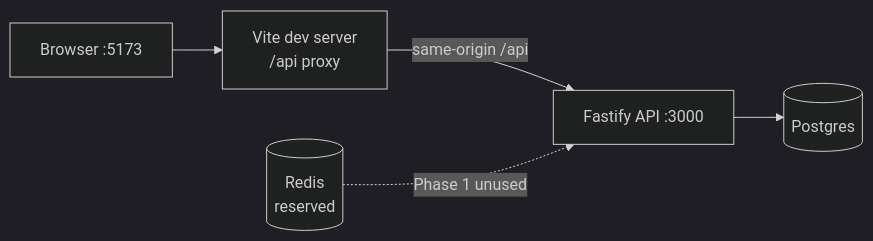
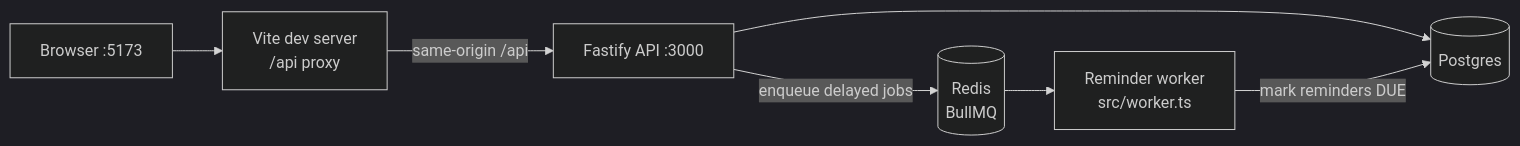
One commit to aniisabihi/NextRole changed the diagram in README.md. Above: the diagram before and after it, drawn with Mermaid (dark theme). The commit also changed other lines of this file and 63 other files, not shown here.

First line of the commit message:
feat: Phase 6 in-app reminders (BullMQ + Soft Chromatic) (#7)

````diff
--- a/README.md
+++ b/README.md
@@ -9,13 +9,16 @@
 ```mermaid
 flowchart LR
   Browser["Browser :5173"]
   Vite["Vite dev server\n/api proxy"]
   API["Fastify API :3000"]
   PG[(Postgres)]
-  Redis[(Redis\nreserved)]
+  Redis[(Redis\nBullMQ)]
+  Worker["Reminder worker\nsrc/worker.ts"]
 
   Browser --> Vite
   Vite -->|"same-origin /api"| API
   API --> PG
-  Redis -.->|"Phase 1 unused"| API
+  API -->|"enqueue delayed jobs"| Redis
+  Redis --> Worker
+  Worker -->|"mark reminders DUE"| PG
 ```
````
